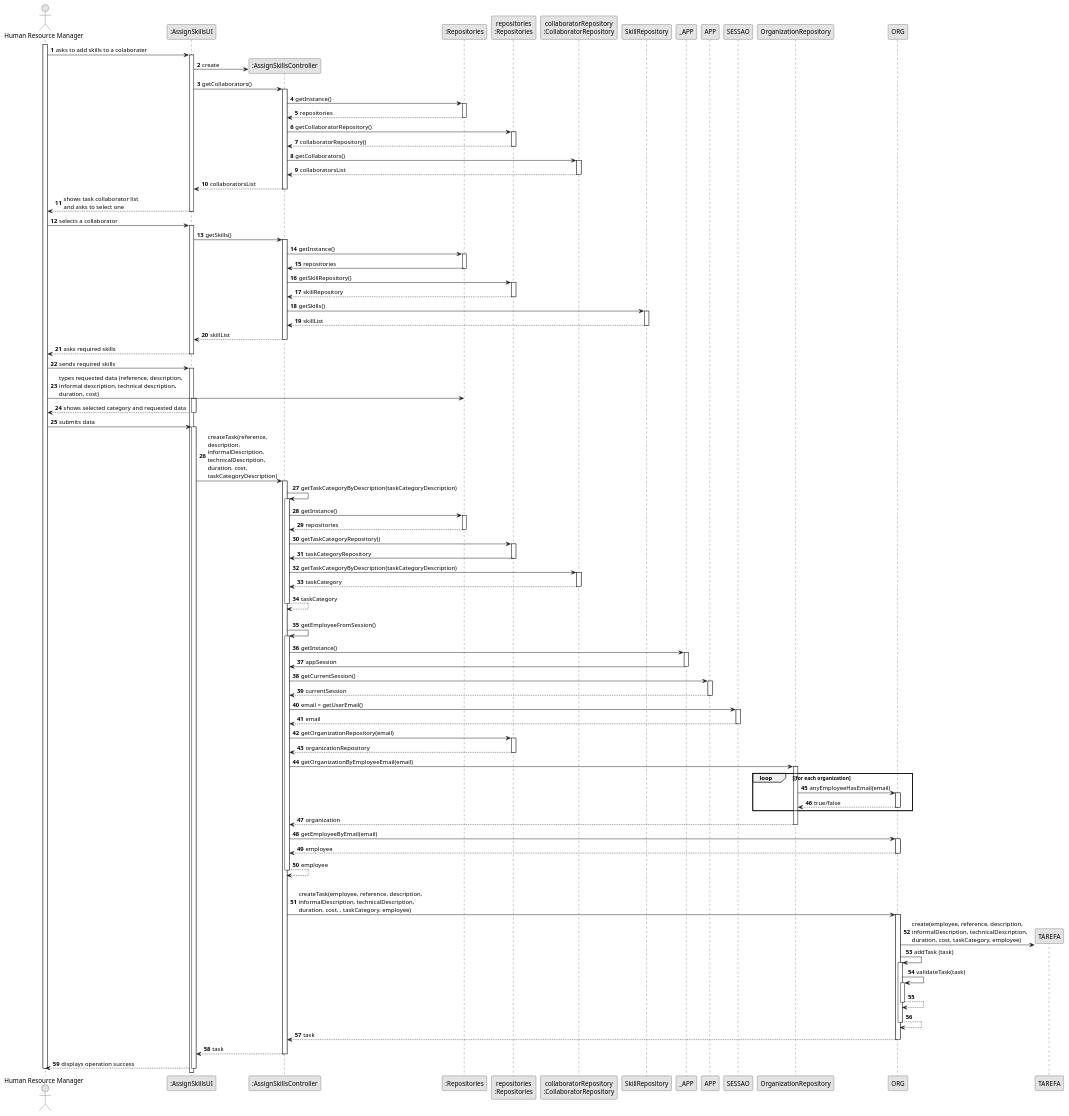
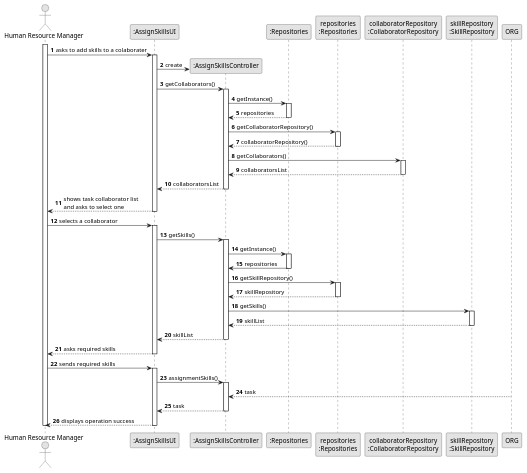
The diagram in docs/sprintB/us004/03.design/puml/us006-sequence-diagram-full.puml (Departamento-de-Engenharia-Informatica/lei-24-s2-1do-g164), drawn with PlantUML before and after one commit.

Commit message:
small changes in sequence-diagram of US04

```diff
--- a/docs/sprintB/us004/03.design/puml/us006-sequence-diagram-full.puml
+++ b/docs/sprintB/us004/03.design/puml/us006-sequence-diagram-full.puml
@@ -1,195 +1,96 @@
 @startuml
 skinparam monochrome true
 skinparam packageStyle rectangle
 skinparam shadowing false
 
 autonumber
 
 'hide footbox
 actor "Human Resource Manager" as HRM
 participant ":AssignSkillsUI" as UI
 participant ":AssignSkillsController" as CTRL
 participant ":Repositories" as RepositorySingleton
 participant "repositories\n:Repositories" as PLAT
 participant "collaboratorRepository\n:CollaboratorRepository" as TaskCategoryRepository
+participant "skillRepository\n:SkillRepository" as SkillRepository
 activate HRM
 
         HRM -> UI : asks to add skills to a colaborater
 
         activate UI
 
 '            UI --> ADM : requests data (reference, description,  informal \n description, technical description, duration, cost)
             'create CTRL
             UI -> CTRL** : create
 
             UI -> CTRL : getCollaborators()
             activate CTRL
 
                 CTRL -> RepositorySingleton : getInstance()
                 activate RepositorySingleton
 
                     RepositorySingleton --> CTRL: repositories
                 deactivate RepositorySingleton
 
                 CTRL -> PLAT : getCollaboratorRepository()
                 activate PLAT
 
                     PLAT --> CTRL: collaboratorRepository()
                 deactivate PLAT
 
                 CTRL -> TaskCategoryRepository : getCollaborators()
                 activate TaskCategoryRepository
 
                     TaskCategoryRepository --> CTRL : collaboratorsList
                 deactivate TaskCategoryRepository
 
                 CTRL --> UI : collaboratorsList
             deactivate CTRL
 
             UI --> HRM : shows task collaborator list\nand asks to select one
         deactivate UI
 
     HRM -> UI : selects a collaborator
     activate UI
 
        UI -> CTRL : getSkills()
            activate CTRL
              CTRL -> RepositorySingleton : getInstance()
              activate RepositorySingleton
                RepositorySingleton -> CTRL : repositories
              deactivate RepositorySingleton
 
              CTRL -> PLAT : getSkillRepository()
              activate PLAT
                PLAT --> CTRL : skillRepository
              deactivate PLAT
 
              CTRL -> SkillRepository : getSkills()
              activate SkillRepository
                SkillRepository --> CTRL : skillList
              deactivate SkillRepository
              CTRL --> UI : skillList
            deactivate CTRL
 
            UI --> HRM : asks required skills
          deactivate UI
 
          HRM -> UI : sends required skills
          activate UI
-
-    HRM ->RepositorySingleton : types requested data (reference, description, \ninformal description, technical description,\nduration, cost)
-    activate UI
-
-        UI --> HRM : shows selected category and requested data
-    deactivate UI
-
-    HRM -> UI : submits data
-    activate UI
-
-        UI -> CTRL : createTask(reference,\ndescription,\ninformalDescription,\ntechnicalDescription,\nduration, cost,\ntaskCategoryDescription)
-        activate CTRL
-
-            CTRL -> CTRL : getTaskCategoryByDescription(taskCategoryDescription)
-            activate CTRL
-
-                CTRL -> RepositorySingleton : getInstance()
-                activate RepositorySingleton
-
-                    RepositorySingleton --> CTRL: repositories
-                deactivate RepositorySingleton
-
-                CTRL -> PLAT : getTaskCategoryRepository()
-                activate PLAT
-
-                    PLAT -> CTRL : taskCategoryRepository
-                deactivate PLAT
-
-                CTRL -> TaskCategoryRepository : getTaskCategoryByDescription(taskCategoryDescription)
-                activate TaskCategoryRepository
-
-                    TaskCategoryRepository --> CTRL : taskCategory
-                deactivate TaskCategoryRepository
-                    CTRL --> CTRL : taskCategory
-            deactivate CTRL
-
-            |||
-            CTRL -> CTRL : getEmployeeFromSession()
-            activate CTRL
-
-                CTRL -> _APP: getInstance()
-                activate _APP
-                    _APP -> CTRL: appSession
-                deactivate _APP
+           UI -> CTRL :assignmentSkills()
+                    activate CTRL
 
 
-                CTRL -> APP: getCurrentSession()
-                activate APP
-
-                    APP --> CTRL: currentSession
-                deactivate APP
-
-                CTRL -> SESSAO: email = getUserEmail()
-                activate SESSAO
-
-                    SESSAO --> CTRL: email
-                deactivate SESSAO
-
-
-                CTRL -> PLAT: getOrganizationRepository(email)
-                activate PLAT
-
-                    PLAT --> CTRL: organizationRepository
-                deactivate PLAT
-
-
-                CTRL -> OrganizationRepository: getOrganizationByEmployeeEmail(email)
-                activate OrganizationRepository
-
-                    loop [for each organization
-                        OrganizationRepository -> ORG : anyEmployeeHasEmail(email)
-                        activate ORG
-
-                             ORG --> OrganizationRepository : true/false
-                        deactivate ORG
-                    end
-                    OrganizationRepository --> CTRL : organization
-                deactivate OrganizationRepository
-
-                CTRL -> ORG: getEmployeeByEmail(email)
-                activate ORG
-
-                    ORG --> CTRL : employee
-                deactivate ORG
-
-                CTRL --> CTRL : employee
-            deactivate CTRL
-
-            |||
-            CTRL -> ORG: createTask(employee, reference, description,\ninformalDescription, technicalDescription,\nduration, cost, , taskCategory, employee)
-            activate ORG
-
-                ORG -> TAREFA**: create(employee, reference, description,\ninformalDescription, technicalDescription,\nduration, cost, taskCategory, employee)
-                ORG -> ORG: addTask (task)
-
-
-                activate ORG
-                    ORG -> ORG: validateTask(task)
-                    activate ORG
-                        ORG --> ORG
-                    deactivate ORG
-
-                    ORG --> ORG
-                deactivate ORG
 
                 ORG --> CTRL : task
 
             deactivate ORG
 
             CTRL --> UI: task
             deactivate CTRL
             UI --> HRM: displays operation success
     deactivate UI
 
 deactivate HRM
 
 @enduml
```
